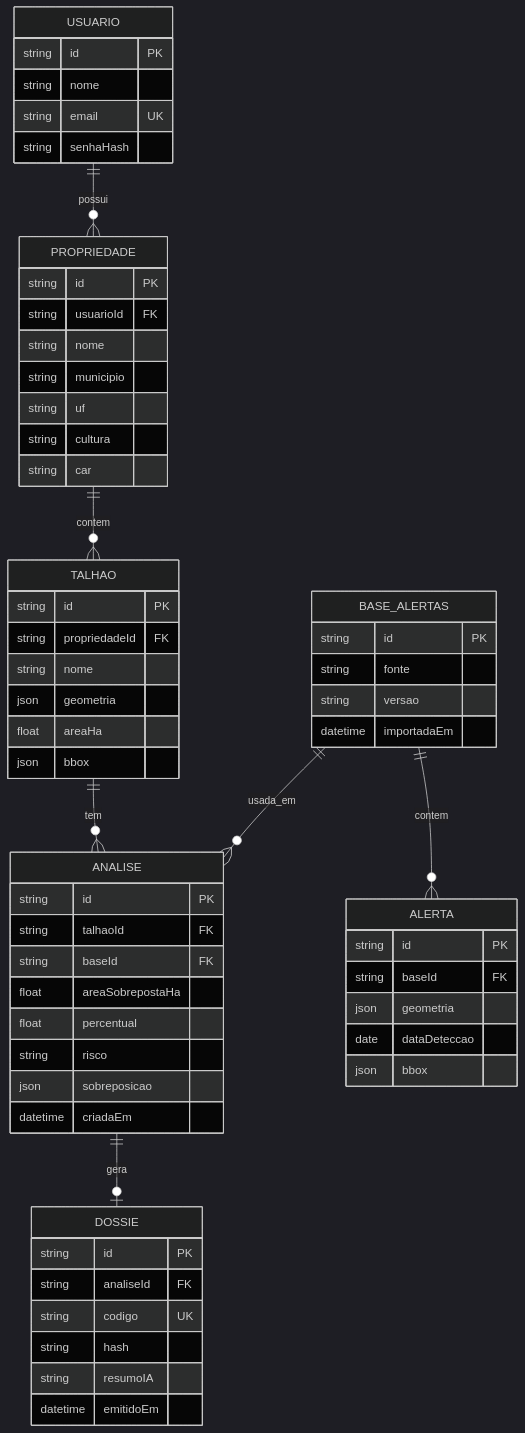
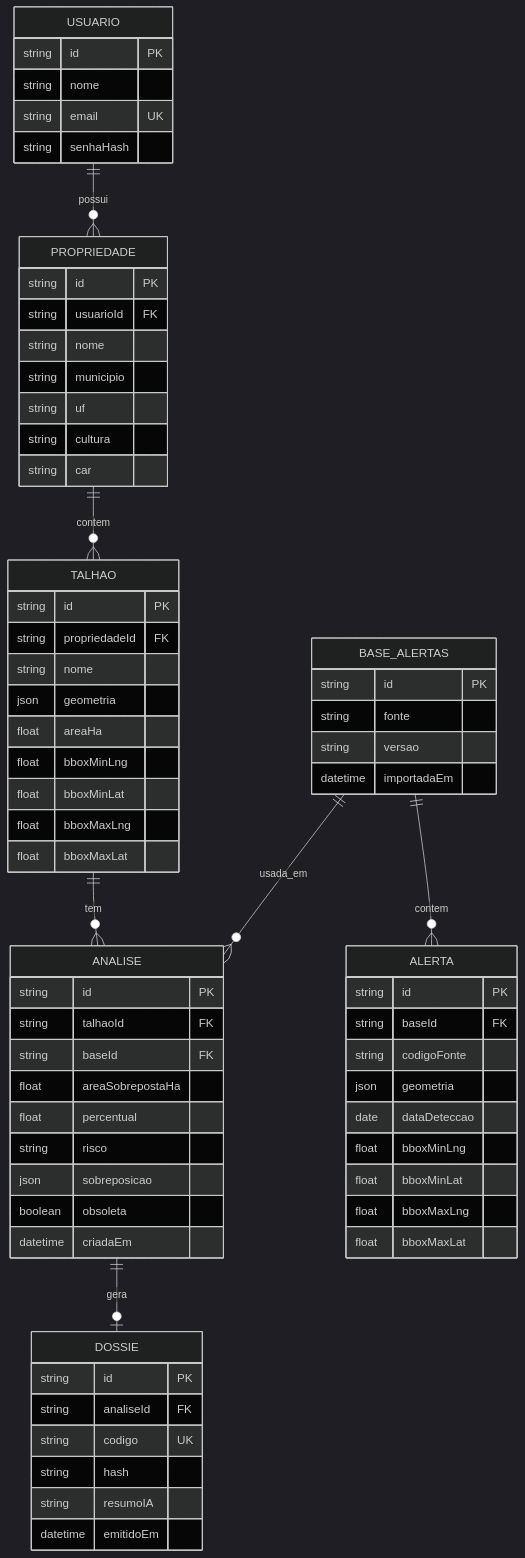
One commit to luizacoelh/RastroVerde changed the fourth of 5 diagrams in docs/04-arquitetura.md. Above: the diagram before and after it, drawn with Mermaid (dark theme). The commit also changed other lines of this file and 2 other files, not shown here.

````diff
--- a/docs/04-arquitetura.md
+++ b/docs/04-arquitetura.md
@@ -125,64 +131,72 @@
 ```mermaid
 erDiagram
   USUARIO ||--o{ PROPRIEDADE : possui
   PROPRIEDADE ||--o{ TALHAO : contem
   TALHAO ||--o{ ANALISE : tem
   ANALISE ||--o| DOSSIE : gera
   BASE_ALERTAS ||--o{ ALERTA : contem
   BASE_ALERTAS ||--o{ ANALISE : usada_em
 
   USUARIO {
     string id PK
     string nome
     string email UK
     string senhaHash
   }
   PROPRIEDADE {
     string id PK
     string usuarioId FK
     string nome
     string municipio
     string uf
     string cultura
     string car
   }
   TALHAO {
     string id PK
     string propriedadeId FK
     string nome
     json geometria
     float areaHa
-    json bbox
+    float bboxMinLng
+    float bboxMinLat
+    float bboxMaxLng
+    float bboxMaxLat
   }
   ALERTA {
     string id PK
     string baseId FK
+    string codigoFonte
     json geometria
     date dataDeteccao
-    json bbox
+    float bboxMinLng
+    float bboxMinLat
+    float bboxMaxLng
+    float bboxMaxLat
   }
   BASE_ALERTAS {
     string id PK
     string fonte
     string versao
     datetime importadaEm
   }
   ANALISE {
     string id PK
     string talhaoId FK
     string baseId FK
     float areaSobrepostaHa
     float percentual
     string risco
     json sobreposicao
+    boolean obsoleta
     datetime criadaEm
   }
   DOSSIE {
     string id PK
     string analiseId FK
     string codigo UK
     string hash
     string resumoIA
     datetime emitidoEm
   }
 ```
````
